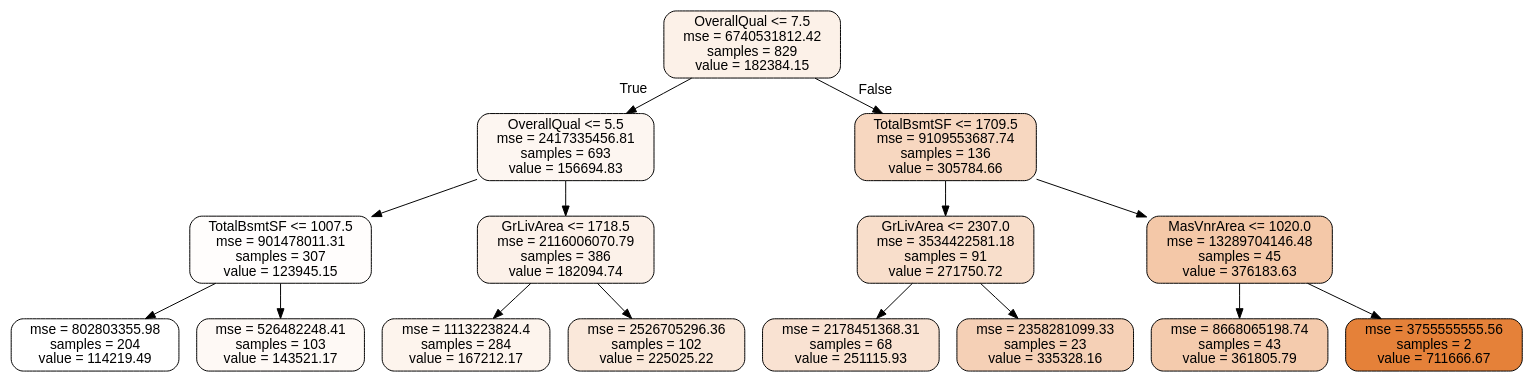
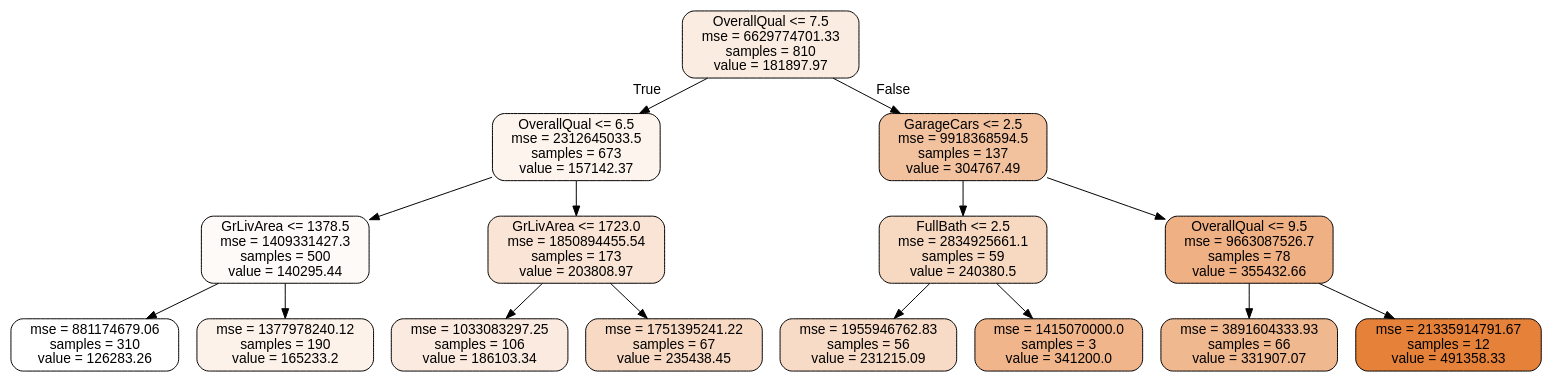
The diagram in tree.dot (bmaelum/kaggle_houseprices), drawn with Graphviz before and after one commit. The commit also changed 6 other files, not shown here.

```diff
--- a/tree.dot
+++ b/tree.dot
@@ -1,33 +1,33 @@
 digraph Tree {
 node [shape=box, style="filled, rounded", color="black", fontname=helvetica] ;
 edge [fontname=helvetica] ;
-0 [label="OverallQual <= 7.5\nmse = 6740531812.42\nsamples = 829\nvalue = 182384.15", fillcolor="#fcf1e8"] ;
-1 [label="OverallQual <= 5.5\nmse = 2417335456.81\nsamples = 693\nvalue = 156694.83", fillcolor="#fdf6f1"] ;
+0 [label="OverallQual <= 7.5\nmse = 6629774701.33\nsamples = 810\nvalue = 181897.97", fillcolor="#fbece1"] ;
+1 [label="OverallQual <= 6.5\nmse = 2312645033.5\nsamples = 673\nvalue = 157142.37", fillcolor="#fdf4ee"] ;
 0 -> 1 [labeldistance=2.5, labelangle=45, headlabel="True"] ;
-2 [label="TotalBsmtSF <= 1007.5\nmse = 901478011.31\nsamples = 307\nvalue = 123945.15", fillcolor="#fffdfc"] ;
+2 [label="GrLivArea <= 1378.5\nmse = 1409331427.3\nsamples = 500\nvalue = 140295.44", fillcolor="#fefaf7"] ;
 1 -> 2 ;
-3 [label="mse = 802803355.98\nsamples = 204\nvalue = 114219.49", fillcolor="#ffffff"] ;
+3 [label="mse = 881174679.06\nsamples = 310\nvalue = 126283.26", fillcolor="#ffffff"] ;
 2 -> 3 ;
-4 [label="mse = 526482248.41\nsamples = 103\nvalue = 143521.17", fillcolor="#fef9f5"] ;
+4 [label="mse = 1377978240.12\nsamples = 190\nvalue = 165233.2", fillcolor="#fcf2ea"] ;
 2 -> 4 ;
-5 [label="GrLivArea <= 1718.5\nmse = 2116006070.79\nsamples = 386\nvalue = 182094.74", fillcolor="#fcf1e9"] ;
+5 [label="GrLivArea <= 1723.0\nmse = 1850894455.54\nsamples = 173\nvalue = 203808.97", fillcolor="#f9e4d5"] ;
 1 -> 5 ;
-6 [label="mse = 1113223824.4\nsamples = 284\nvalue = 167212.17", fillcolor="#fdf4ed"] ;
+6 [label="mse = 1033083297.25\nsamples = 106\nvalue = 186103.34", fillcolor="#fbeadf"] ;
 5 -> 6 ;
-7 [label="mse = 2526705296.36\nsamples = 102\nvalue = 225025.22", fillcolor="#fae8da"] ;
+7 [label="mse = 1751395241.22\nsamples = 67\nvalue = 235438.45", fillcolor="#f7d9c4"] ;
 5 -> 7 ;
-8 [label="TotalBsmtSF <= 1709.5\nmse = 9109553687.74\nsamples = 136\nvalue = 305784.66", fillcolor="#f7d7c0"] ;
+8 [label="GarageCars <= 2.5\nmse = 9918368594.5\nsamples = 137\nvalue = 304767.49", fillcolor="#f2c19e"] ;
 0 -> 8 [labeldistance=2.5, labelangle=-45, headlabel="False"] ;
-9 [label="GrLivArea <= 2307.0\nmse = 3534422581.18\nsamples = 91\nvalue = 271750.72", fillcolor="#f8decb"] ;
+9 [label="FullBath <= 2.5\nmse = 2834925661.1\nsamples = 59\nvalue = 240380.5", fillcolor="#f7d8c1"] ;
 8 -> 9 ;
-10 [label="mse = 2178451368.31\nsamples = 68\nvalue = 251115.93", fillcolor="#f9e2d2"] ;
+10 [label="mse = 1955946762.83\nsamples = 56\nvalue = 231215.09", fillcolor="#f8dbc6"] ;
 9 -> 10 ;
-11 [label="mse = 2358281099.33\nsamples = 23\nvalue = 335328.16", fillcolor="#f5d0b6"] ;
+11 [label="mse = 1415070000.0\nsamples = 3\nvalue = 341200.0", fillcolor="#f0b58a"] ;
 9 -> 11 ;
-12 [label="MasVnrArea <= 1020.0\nmse = 13289704146.48\nsamples = 45\nvalue = 376183.63", fillcolor="#f4c8a8"] ;
+12 [label="OverallQual <= 9.5\nmse = 9663087526.7\nsamples = 78\nvalue = 355432.66", fillcolor="#efb083"] ;
 8 -> 12 ;
-13 [label="mse = 8668065198.74\nsamples = 43\nvalue = 361805.79", fillcolor="#f4cbad"] ;
+13 [label="mse = 3891604333.93\nsamples = 66\nvalue = 331907.07", fillcolor="#f0b88f"] ;
 12 -> 13 ;
-14 [label="mse = 3755555555.56\nsamples = 2\nvalue = 711666.67", fillcolor="#e58139"] ;
+14 [label="mse = 21335914791.67\nsamples = 12\nvalue = 491358.33", fillcolor="#e58139"] ;
 12 -> 14 ;
 }
```
